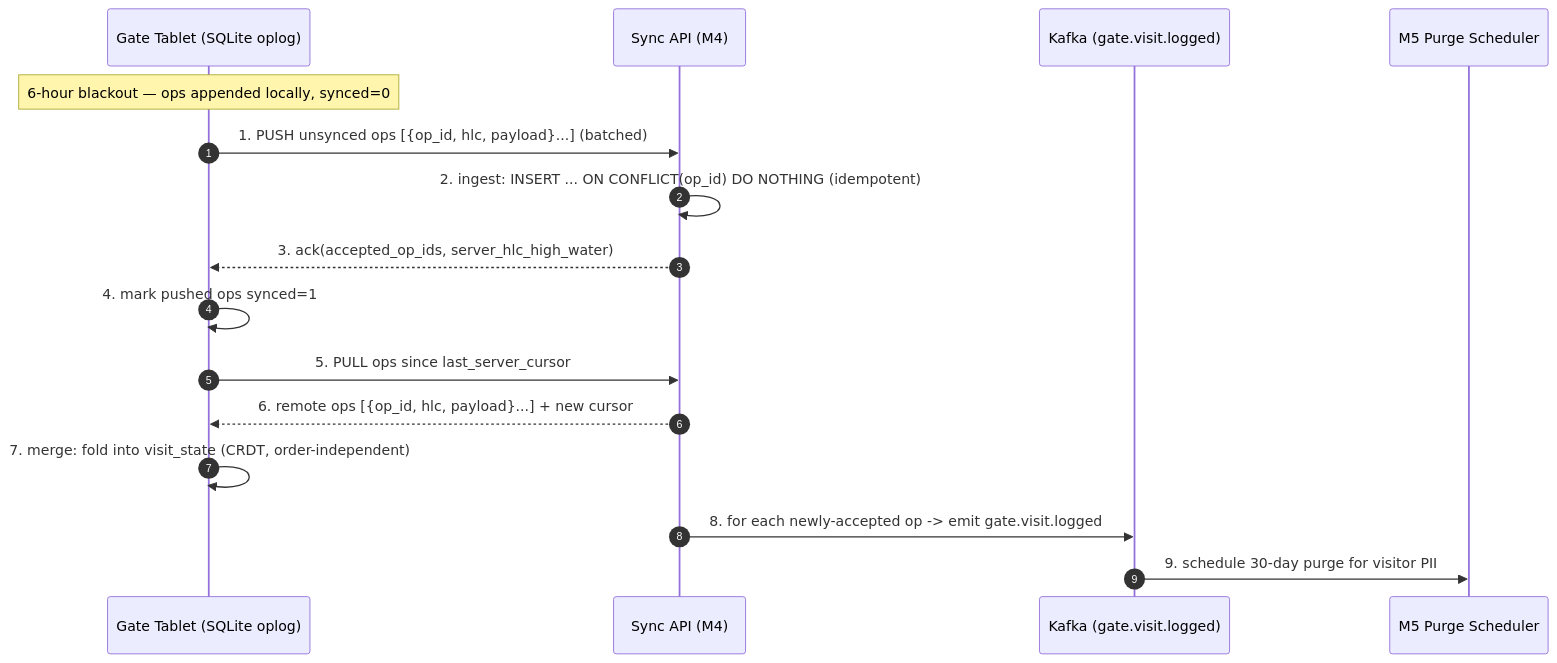
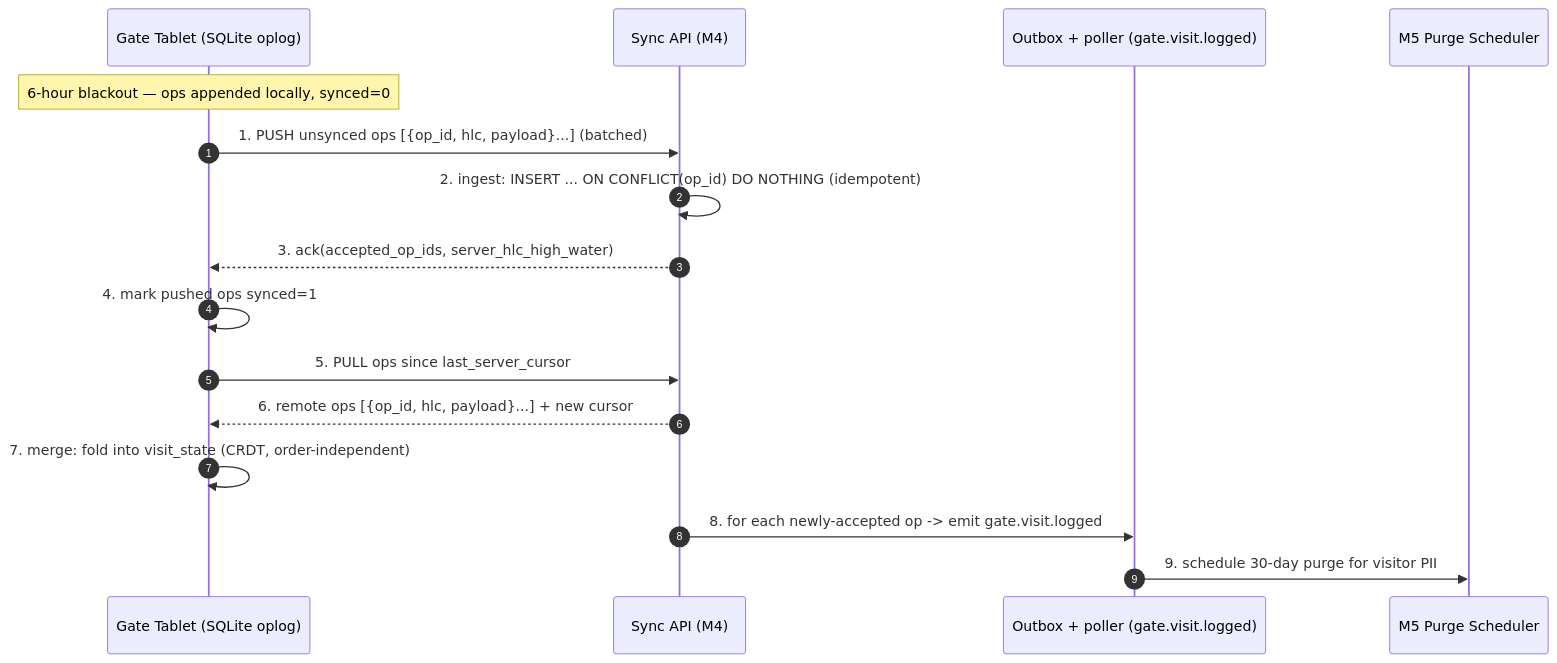
One commit to ayushrai007/Societix changed the second of 3 diagrams in docs/deep-dives/dd-02-offline-gate-crdt.md. Above: the diagram before and after it, drawn with Mermaid. The commit also changed 23 other files, not shown here.

````diff
--- a/docs/deep-dives/dd-02-offline-gate-crdt.md
+++ b/docs/deep-dives/dd-02-offline-gate-crdt.md
@@ -169,22 +169,22 @@
 ```mermaid
 sequenceDiagram
     autonumber
     participant G as Gate Tablet (SQLite oplog)
     participant S as Sync API (M4)
-    participant K as Kafka (gate.visit.logged)
+    participant K as Outbox + poller (gate.visit.logged)
     participant M5 as M5 Purge Scheduler
 
     Note over G: 6-hour blackout — ops appended locally, synced=0
 
     G->>S: 1. PUSH unsynced ops [{op_id, hlc, payload}...] (batched)
     S->>S: 2. ingest: INSERT ... ON CONFLICT(op_id) DO NOTHING  (idempotent)
     S-->>G: 3. ack(accepted_op_ids, server_hlc_high_water)
     G->>G: 4. mark pushed ops synced=1
 
     G->>S: 5. PULL ops since last_server_cursor
     S-->>G: 6. remote ops [{op_id, hlc, payload}...] + new cursor
     G->>G: 7. merge: fold into visit_state (CRDT, order-independent)
 
     S->>K: 8. for each newly-accepted op -> emit gate.visit.logged
     K->>M5: 9. schedule 30-day purge for visitor PII
 ```
````
